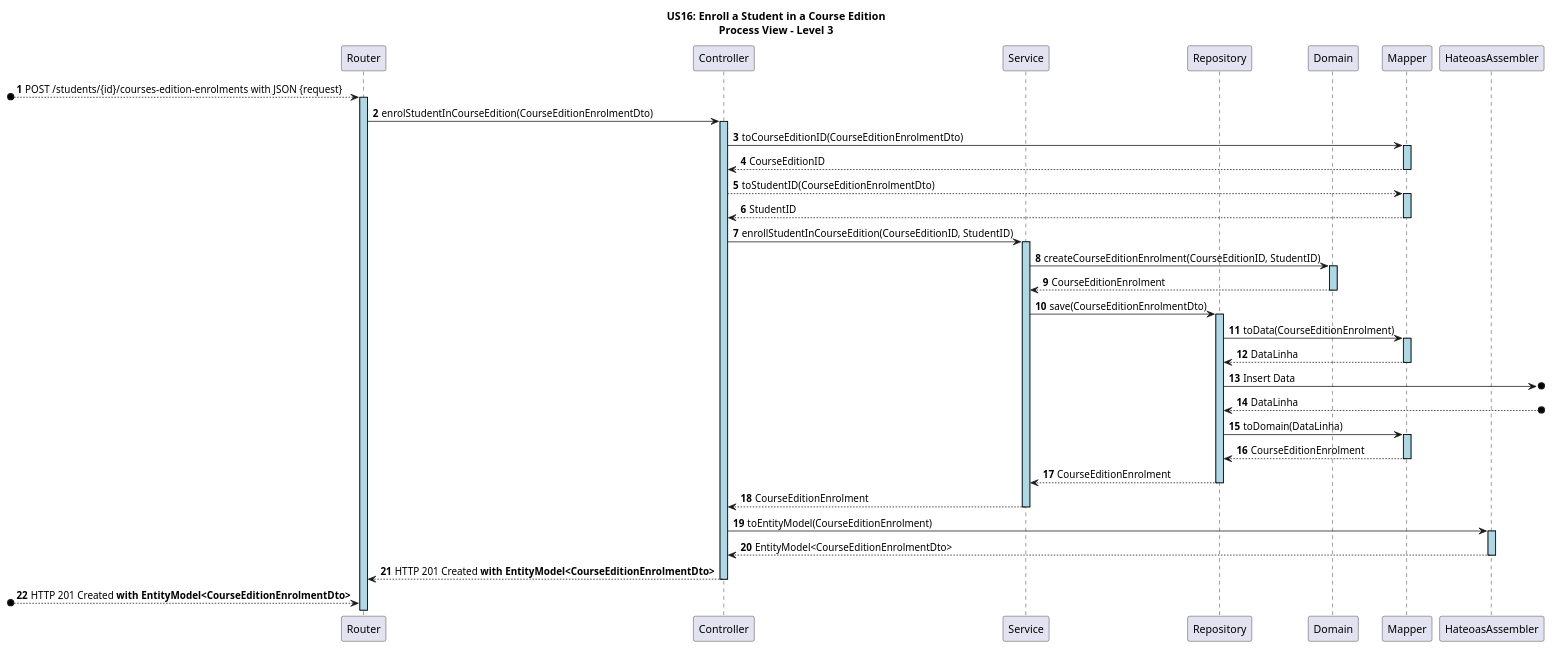
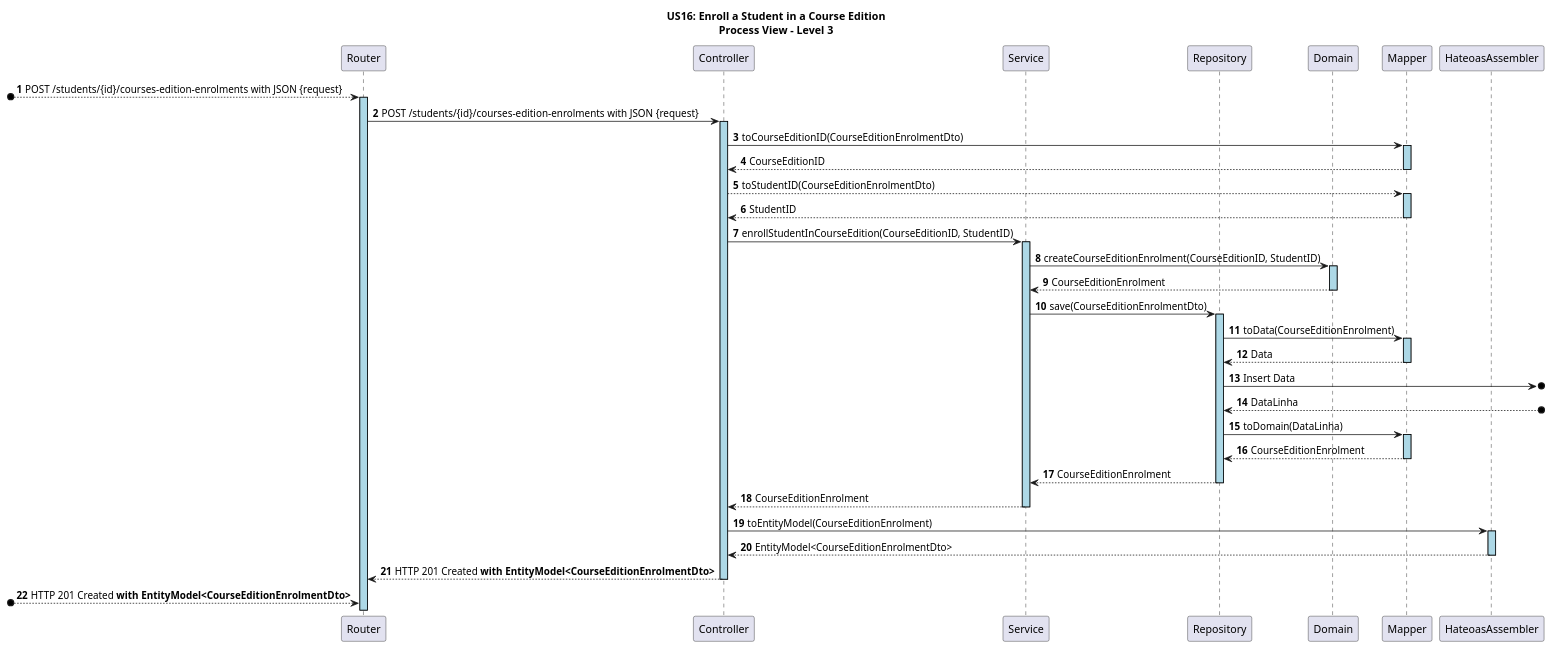
The diagram in docs/US16/sprint6_RestController/process_view/Level3.puml (GasparISEP/DevOps-PAI), drawn with PlantUML before and after one commit.

Commit message:
fix(Level3.puml): update request format in sequence diagram and correct data label for clarity. refs #659 #684

```diff
--- a/docs/US16/sprint6_RestController/process_view/Level3.puml
+++ b/docs/US16/sprint6_RestController/process_view/Level3.puml
@@ -1,60 +1,60 @@
 @startuml
 autonumber
 
 skinparam sequence {
     LifelineBorderColor black
     LifelineBackgroundColor LightBlue
     ActorBorderColor black
     ActorBackgroundColor LightGray
 }
 
 title US16: Enroll a Student in a Course Edition\nProcess View – Level 3
 
 participant "Router" as RT
 participant "Controller" as CT
 participant "Service" as SE
 participant "Repository" as RE
 participant "Domain" as DM
 participant "Mapper" as MA
 participant "HateoasAssembler" as HA
 
 
  [o--> RT ++: POST /students/{id}/courses-edition-enrolments with JSON {request}
-RT -> CT ++: enrolStudentInCourseEdition(CourseEditionEnrolmentDto)
+RT -> CT ++:  POST /students/{id}/courses-edition-enrolments with JSON {request}
 
 
 CT -> MA ++: toCourseEditionID(CourseEditionEnrolmentDto)
 MA --> CT --: CourseEditionID
 CT --> MA ++: toStudentID(CourseEditionEnrolmentDto)
 MA --> CT --: StudentID
 CT -> SE ++: enrollStudentInCourseEdition(CourseEditionID, StudentID)
 
 
 
 SE -> DM ++: createCourseEditionEnrolment(CourseEditionID, StudentID)
 DM --> SE --: CourseEditionEnrolment
 
 SE -> RE ++: save(CourseEditionEnrolmentDto)
 
 RE -> MA ++: toData(CourseEditionEnrolment)
-MA --> RE --: DataLinha	
+MA --> RE --: Data	
 
 RE ->o]: Insert Data
 RE <--o]: DataLinha
 
 
 RE -> MA ++: toDomain(DataLinha)
 MA --> RE --: CourseEditionEnrolment
 
 RE --> SE --: CourseEditionEnrolment
 
 SE --> CT --: CourseEditionEnrolment
 
 CT -> HA ++: toEntityModel(CourseEditionEnrolment)
 HA --> CT --: EntityModel<CourseEditionEnrolmentDto>
 
 CT --> RT --: HTTP 201 Created **with EntityModel<CourseEditionEnrolmentDto>**
 
 [o-->  RT: HTTP 201 Created **with EntityModel<CourseEditionEnrolmentDto>**
 
 @enduml
```
